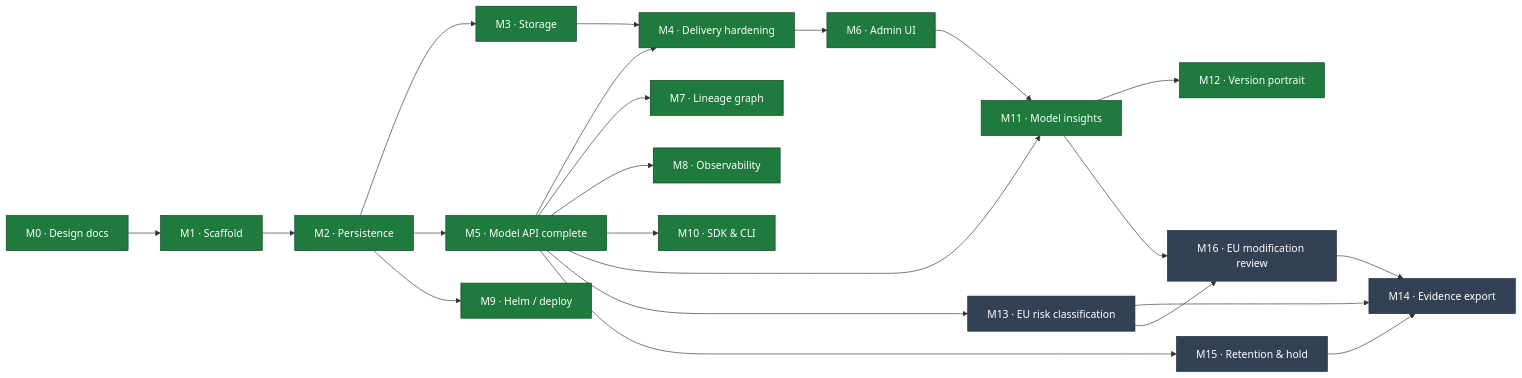
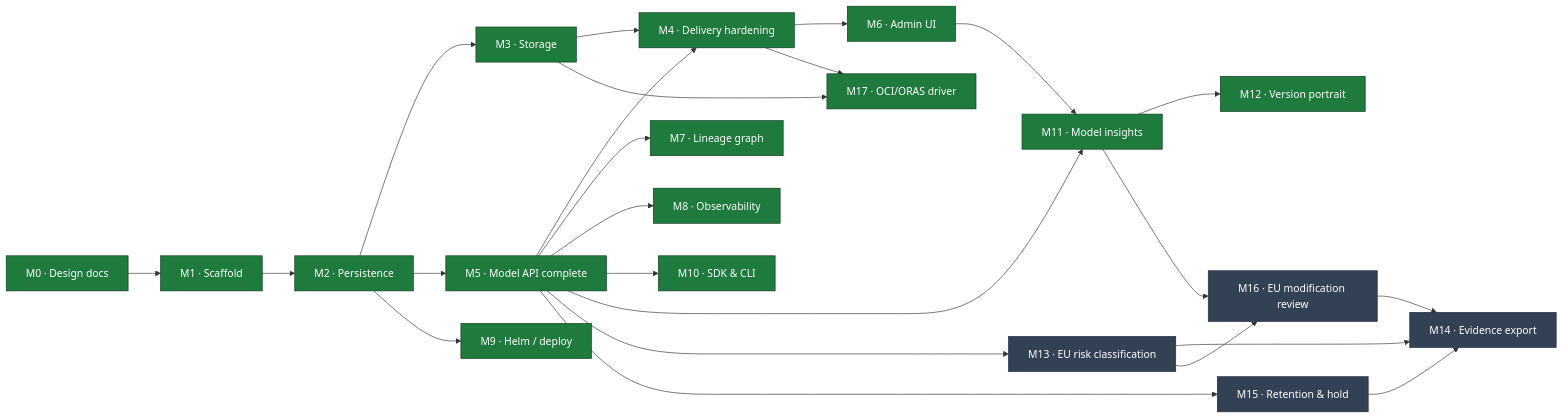
The diagram in MILESTONES.md (proseria-research/lineage), drawn with Mermaid before and after one commit. The commit also changed other lines of this file and 24 other files, not shown here.

First line of the commit message:
feat(storage): OCI/ORAS driver — a registry as a StorageBackend

````diff
--- a/MILESTONES.md
+++ b/MILESTONES.md
@@ -11,31 +11,34 @@
 ```mermaid
 flowchart LR
     M0["M0 · Design docs"] --> M1["M1 · Scaffold"]
     M1 --> M2["M2 · Persistence"]
     M2 --> M3["M3 · Storage"]
     M2 --> M5["M5 · Model API complete"]
     M3 --> M4["M4 · Delivery hardening"]
     M5 --> M4
     M5 --> M7["M7 · Lineage graph"]
     M4 --> M6["M6 · Admin UI"]
     M5 --> M8["M8 · Observability"]
     M2 --> M9["M9 · Helm / deploy"]
     M5 --> M10["M10 · SDK & CLI"]
     M5 --> M11["M11 · Model insights"]
     M6 --> M11
     M11 --> M12["M12 · Version portrait"]
 
     M5 --> M13["M13 · EU risk classification"]
     M13 --> M14["M14 · Evidence export"]
     M13 --> M16["M16 · EU modification review"]
     M11 --> M16
     M16 --> M14
     M5 --> M15["M15 · Retention &amp; hold"]
     M15 --> M14
 
+    M3 --> M17["M17 · OCI/ORAS driver"]
+    M4 --> M17
+
     classDef done fill:#1f7a3d,stroke:#0d3d1e,color:#fff;
     classDef active fill:#b45309,stroke:#7c3a06,color:#fff;
     classDef todo fill:#334155,stroke:#1e293b,color:#fff;
-    class M0,M1,M2,M3,M4,M5,M6,M7,M8,M9,M10,M11,M12 done;
+    class M0,M1,M2,M3,M4,M5,M6,M7,M8,M9,M10,M11,M12,M17 done;
     class M13,M14,M15,M16 todo;
 ```
````
